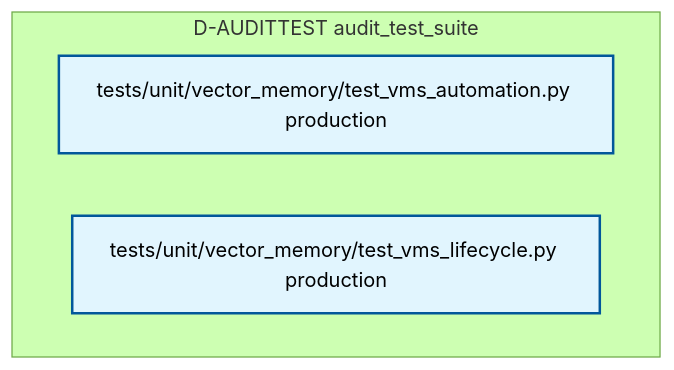
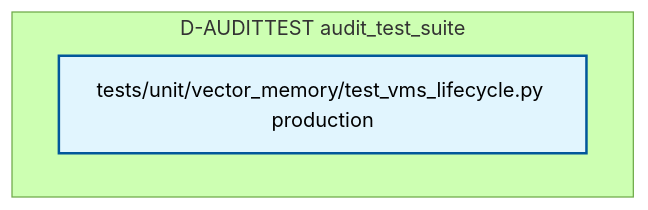
Before and after one commit to xuanFelixVan/ZephyrAlpha: the sixth of 6 diagrams in docs/02_enterprise_architecture/02_domain_architecture_docs/22_d_audittest.md, drawn with Mermaid (forest theme). The commit also changed other lines of this file and 54 other files, not shown here.

````diff
--- a/docs/02_enterprise_architecture/02_domain_architecture_docs/22_d_audittest.md
+++ b/docs/02_enterprise_architecture/02_domain_architecture_docs/22_d_audittest.md
@@ -451,12 +450,11 @@
 ```mermaid
 graph TD
     subgraph D_AUDITTEST["D-AUDITTEST audit_test_suite"]
-        tests_unit_vector_memory_test_vms_automation_py["tests/unit/vector_memory/test_vms_automation.py production"]
         tests_unit_vector_memory_test_vms_lifecycle_py["tests/unit/vector_memory/test_vms_lifecycle.py production"]
     end
     classDef production fill:#e1f5fe,stroke:#01579b,stroke-width:2px,color:#000
     classDef design fill:#fff3e0,stroke:#e65100,stroke-width:2px,color:#000,stroke-dasharray: 5 5
     classDef external_prod fill:#e8f5e9,stroke:#1b5e20,stroke-width:1px,color:#000
     classDef external_design fill:#fce4ec,stroke:#880e4f,stroke-width:1px,color:#000,stroke-dasharray: 5 5
-    class tests_unit_vector_memory_test_vms_automation_py,tests_unit_vector_memory_test_vms_lifecycle_py production
+    class tests_unit_vector_memory_test_vms_lifecycle_py production
 ```
````
